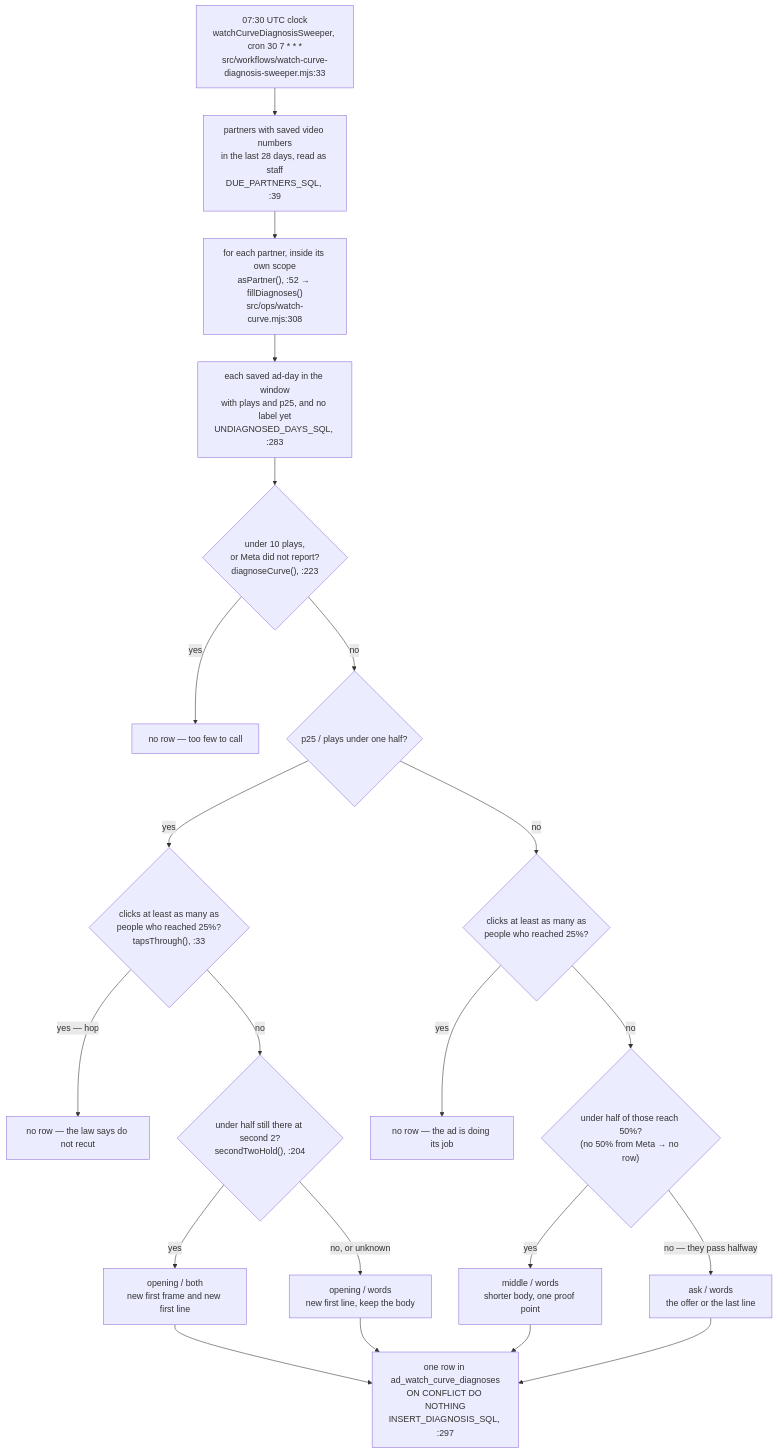
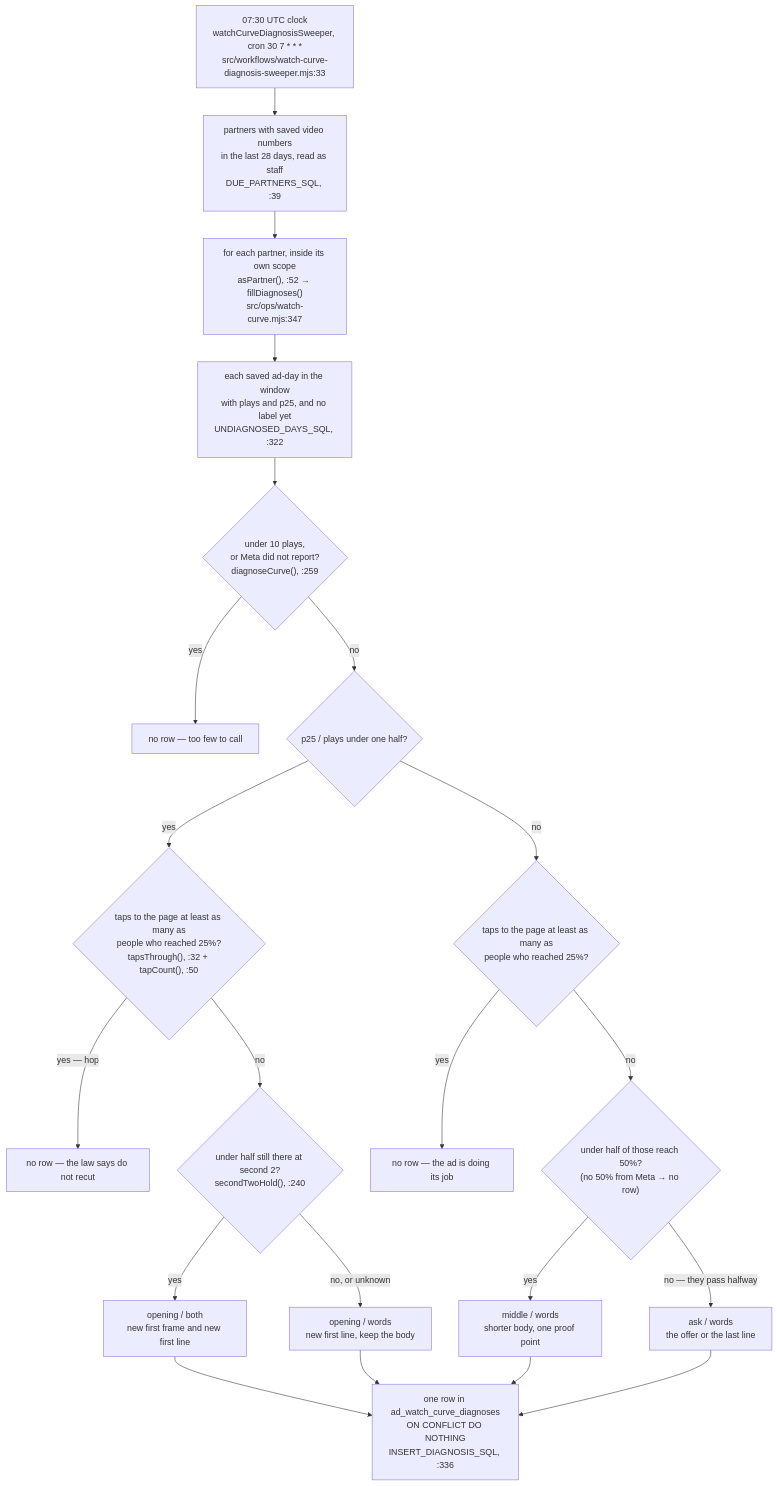
Before and after one commit to ZootimusMaximusSupreme/fundhub-platform: the second of 3 diagrams in docs/journeys/marketing-night-jobs-flow.md, drawn with Mermaid. The commit also changed other lines of this file and 4 other files, not shown here.

First line of the commit message:
Hop test reads taps to the page: link clicks / landing page views (408).

````diff
--- a/docs/journeys/marketing-night-jobs-flow.md
+++ b/docs/journeys/marketing-night-jobs-flow.md
@@ -77,23 +83,23 @@
 ```mermaid
 flowchart TD
     A["07:30 UTC clock<br/>watchCurveDiagnosisSweeper, cron 30 7 * * *<br/>src/workflows/watch-curve-diagnosis-sweeper.mjs:33"] --> B["partners with saved video numbers<br/>in the last 28 days, read as staff<br/>DUE_PARTNERS_SQL, :39"]
-    B --> C["for each partner, inside its own scope<br/>asPartner(), :52 → fillDiagnoses()<br/>src/ops/watch-curve.mjs:308"]
-    C --> D["each saved ad-day in the window<br/>with plays and p25, and no label yet<br/>UNDIAGNOSED_DAYS_SQL, :283"]
-    D --> E{"under 10 plays,<br/>or Meta did not report?<br/>diagnoseCurve(), :223"}
+    B --> C["for each partner, inside its own scope<br/>asPartner(), :52 → fillDiagnoses()<br/>src/ops/watch-curve.mjs:347"]
+    C --> D["each saved ad-day in the window<br/>with plays and p25, and no label yet<br/>UNDIAGNOSED_DAYS_SQL, :322"]
+    D --> E{"under 10 plays,<br/>or Meta did not report?<br/>diagnoseCurve(), :259"}
     E -->|yes| N1["no row — too few to call"]
     E -->|no| F{"p25 / plays under one half?"}
-    F -->|yes| G{"clicks at least as many as<br/>people who reached 25%?<br/>tapsThrough(), :33"}
+    F -->|yes| G{"taps to the page at least as many as<br/>people who reached 25%?<br/>tapsThrough(), :32 + tapCount(), :50"}
     G -->|"yes — hop"| N2["no row — the law says do not recut"]
-    G -->|no| H{"under half still there at second 2?<br/>secondTwoHold(), :204"}
+    G -->|no| H{"under half still there at second 2?<br/>secondTwoHold(), :240"}
     H -->|yes| R1["opening / both<br/>new first frame and new first line"]
     H -->|"no, or unknown"| R2["opening / words<br/>new first line, keep the body"]
-    F -->|no| I{"clicks at least as many as<br/>people who reached 25%?"}
+    F -->|no| I{"taps to the page at least as many as<br/>people who reached 25%?"}
     I -->|yes| N3["no row — the ad is doing its job"]
     I -->|no| J{"under half of those reach 50%?<br/>(no 50% from Meta → no row)"}
     J -->|yes| R3["middle / words<br/>shorter body, one proof point"]
     J -->|"no — they pass halfway"| R4["ask / words<br/>the offer or the last line"]
-    R1 --> W["one row in ad_watch_curve_diagnoses<br/>ON CONFLICT DO NOTHING<br/>INSERT_DIAGNOSIS_SQL, :297"]
+    R1 --> W["one row in ad_watch_curve_diagnoses<br/>ON CONFLICT DO NOTHING<br/>INSERT_DIAGNOSIS_SQL, :336"]
     R2 --> W
     R3 --> W
     R4 --> W
 ```
````
